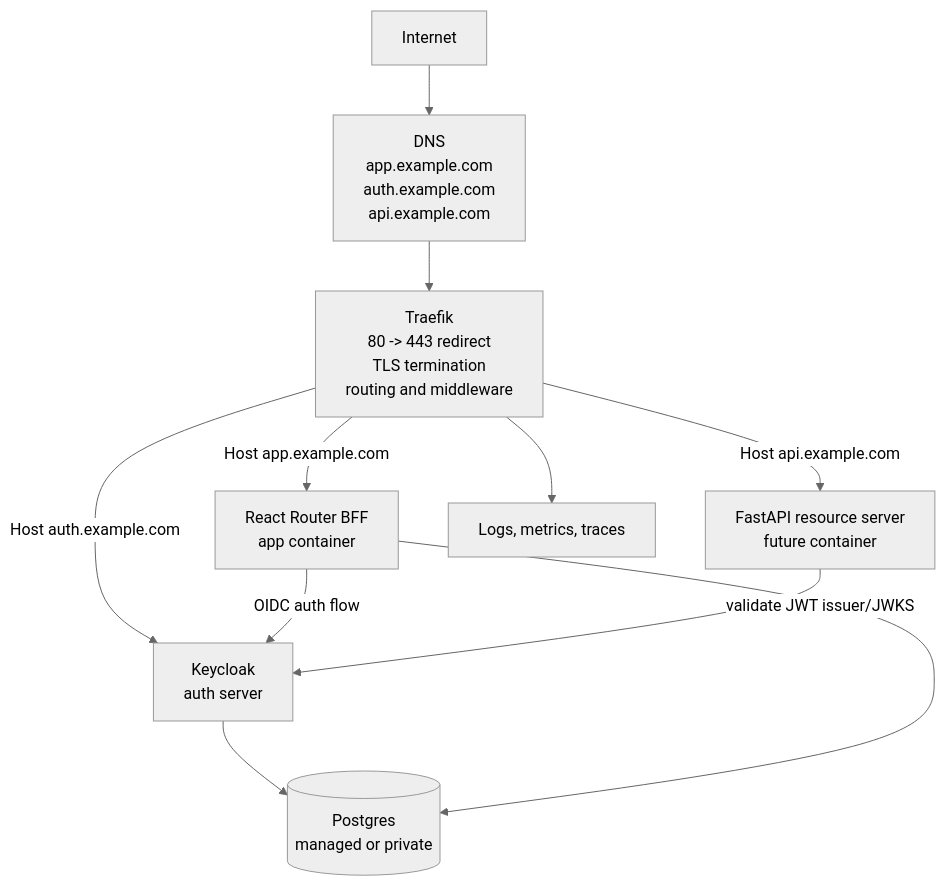
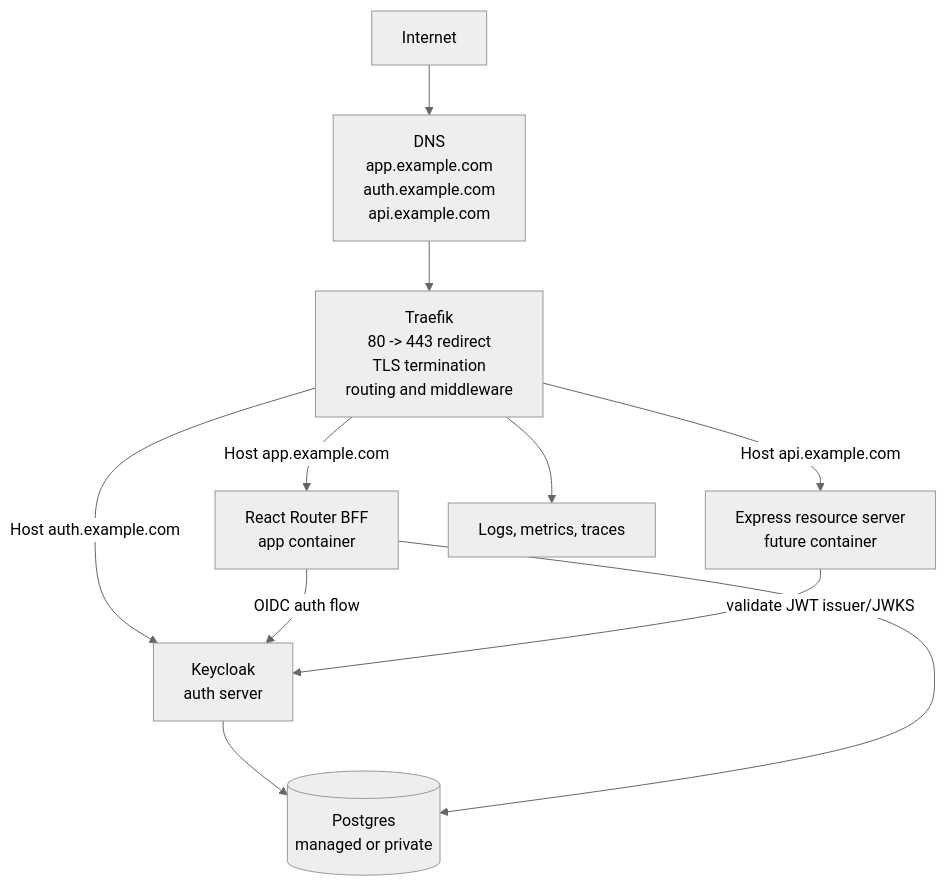
Before and after one commit to johnfabian/admin-starter-keycloak: the second of 2 diagrams in docs/traefik-guide.md, drawn with Mermaid (neutral theme). The commit also changed other lines of this file and 14 other files, not shown here.

````diff
--- a/docs/traefik-guide.md
+++ b/docs/traefik-guide.md
@@ -121,22 +110,22 @@
 ```mermaid
 flowchart TD
   internet[Internet]
   dns[DNS<br/>app.example.com<br/>auth.example.com<br/>api.example.com]
   traefik[Traefik<br/>80 -> 443 redirect<br/>TLS termination<br/>routing and middleware]
   app[React Router BFF<br/>app container]
-  api[FastAPI resource server<br/>future container]
+  api[Express resource server<br/>future container]
   keycloak[Keycloak<br/>auth server]
   db[(Postgres<br/>managed or private)]
   observability[Logs, metrics, traces]
 
   internet --> dns --> traefik
   traefik -->|Host app.example.com| app
   traefik -->|Host auth.example.com| keycloak
   traefik -->|Host api.example.com| api
 
   app -->|OIDC auth flow| keycloak
   api -->|validate JWT issuer/JWKS| keycloak
   keycloak --> db
   app --> db
   traefik --> observability
 ```
````
